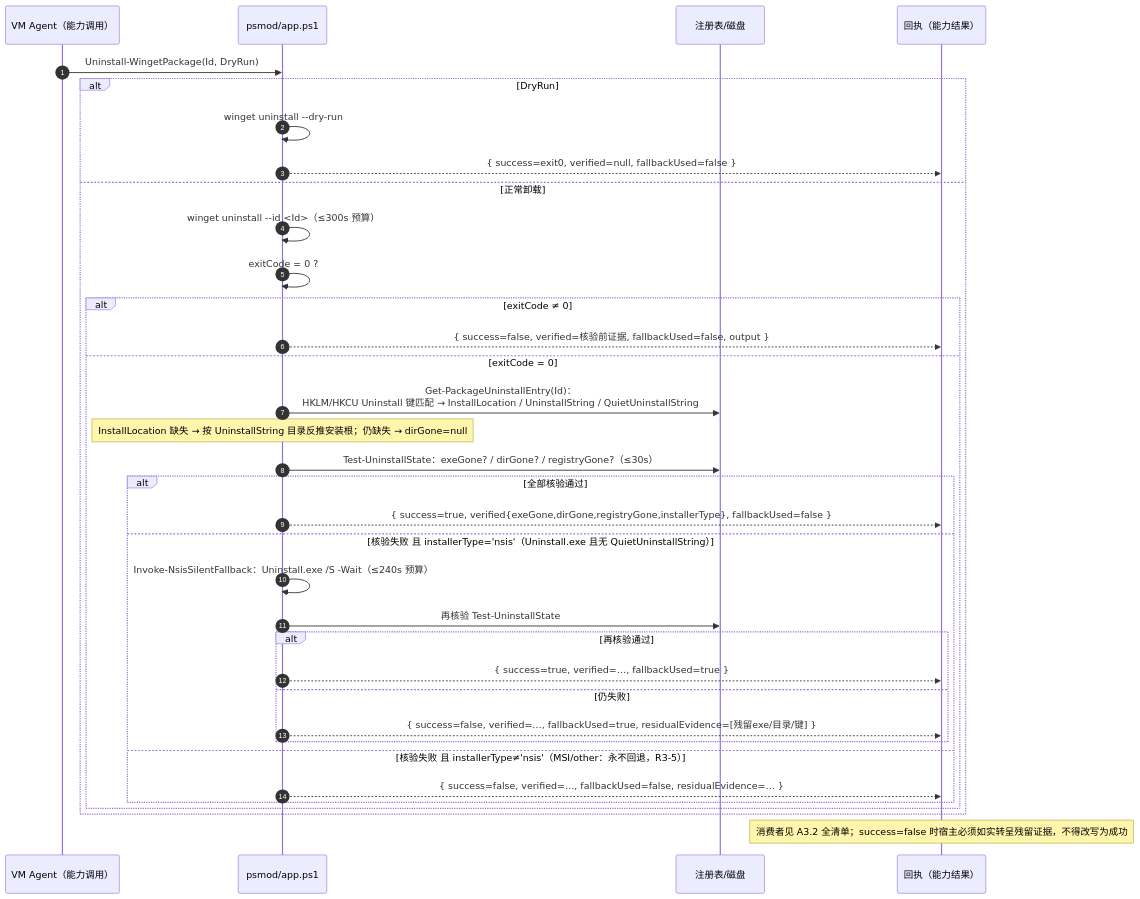
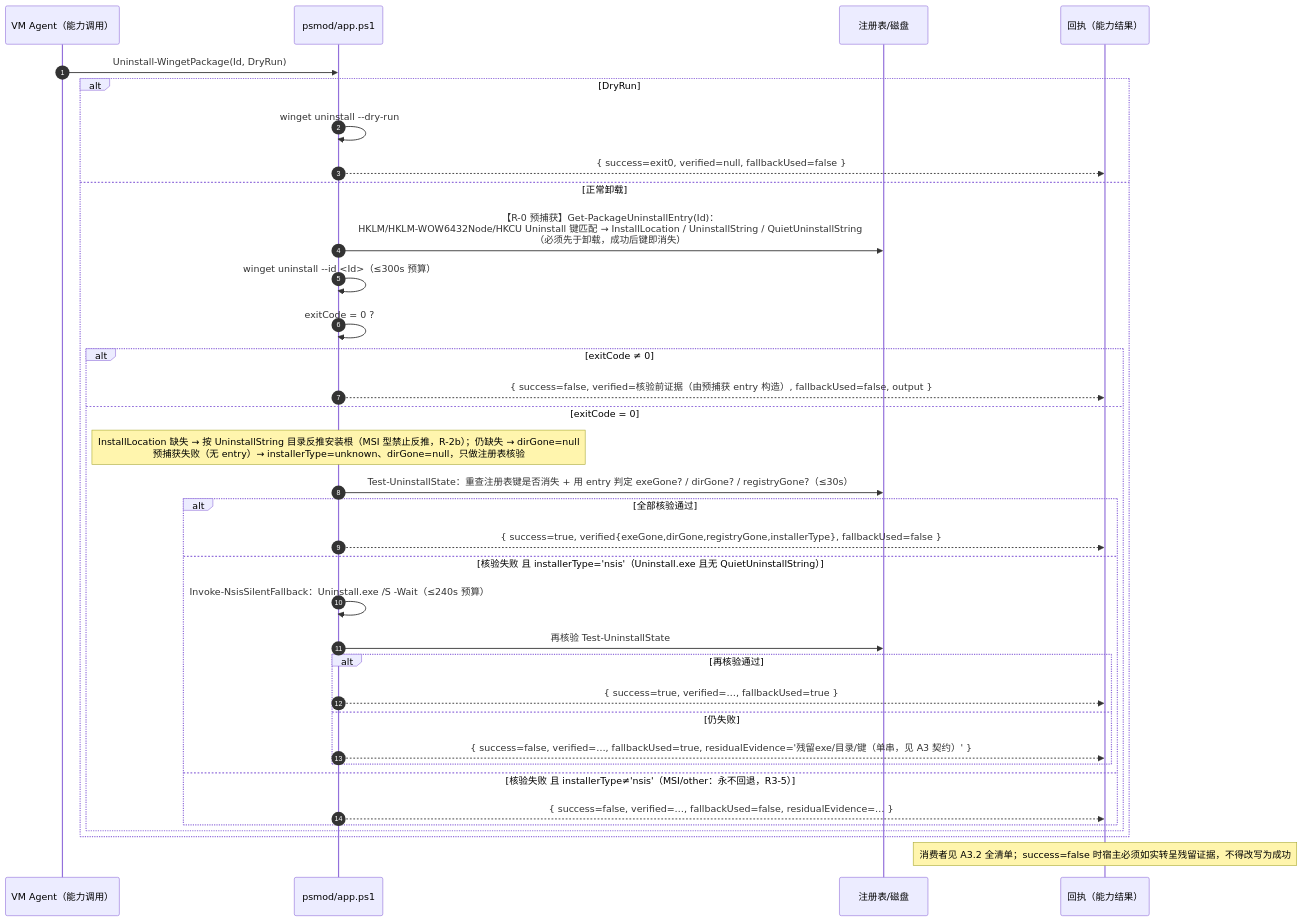
The third of 4 diagrams in docs/design/r17-design.md (athronix/workbuddy-virtual-win-plugin), drawn with Mermaid before and after one commit. The commit also changed other lines of this file, not shown here.

Commit message:
docs(r17): §A5 时序回写——entry 预捕获修正（T02 R-0）

````diff
--- a/docs/design/r17-design.md
+++ b/docs/design/r17-design.md
@@ -279,38 +289,38 @@
 ```mermaid
 sequenceDiagram
     autonumber
     participant AG as VM Agent（能力调用）
     participant PS as psmod/app.ps1
     participant RG as 注册表/磁盘
     participant RC as 回执（能力结果）
 
     AG->>PS: Uninstall-WingetPackage(Id, DryRun)
     alt DryRun
         PS->>PS: winget uninstall --dry-run
         PS-->>RC: { success=exit0, verified=null, fallbackUsed=false }
     else 正常卸载
+        PS->>RG: 【R-0 预捕获】Get-PackageUninstallEntry(Id)：<br/>HKLM/HKLM-WOW6432Node/HKCU Uninstall 键匹配 → InstallLocation / UninstallString / QuietUninstallString<br/>（必须先于卸载，成功后键即消失）
         PS->>PS: winget uninstall --id <Id>（≤300s 预算）
         PS->>PS: exitCode = 0 ?
         alt exitCode ≠ 0
-            PS-->>RC: { success=false, verified=核验前证据, fallbackUsed=false, output }
+            PS-->>RC: { success=false, verified=核验前证据（由预捕获 entry 构造）, fallbackUsed=false, output }
         else exitCode = 0
-            PS->>RG: Get-PackageUninstallEntry(Id)：<br/>HKLM/HKCU Uninstall 键匹配 → InstallLocation / UninstallString / QuietUninstallString
-            Note over PS: InstallLocation 缺失 → 按 UninstallString 目录反推安装根；仍缺失 → dirGone=null
-            PS->>RG: Test-UninstallState：exeGone? / dirGone? / registryGone?（≤30s）
+            Note over PS: InstallLocation 缺失 → 按 UninstallString 目录反推安装根（MSI 型禁止反推，R-2b）；仍缺失 → dirGone=null<br/>预捕获失败（无 entry）→ installerType=unknown、dirGone=null，只做注册表核验
+            PS->>RG: Test-UninstallState：重查注册表键是否消失 + 用 entry 判定 exeGone? / dirGone? / registryGone?（≤30s）
             alt 全部核验通过
                 PS-->>RC: { success=true, verified{exeGone,dirGone,registryGone,installerType}, fallbackUsed=false }
             else 核验失败 且 installerType='nsis'（Uninstall.exe 且无 QuietUninstallString）
                 PS->>PS: Invoke-NsisSilentFallback：Uninstall.exe /S -Wait（≤240s 预算）
                 PS->>RG: 再核验 Test-UninstallState
                 alt 再核验通过
                     PS-->>RC: { success=true, verified=…, fallbackUsed=true }
                 else 仍失败
-                    PS-->>RC: { success=false, verified=…, fallbackUsed=true, residualEvidence=[残留exe/目录/键] }
+                    PS-->>RC: { success=false, verified=…, fallbackUsed=true, residualEvidence='残留exe/目录/键（单串，见 A3 契约）' }
                 end
             else 核验失败 且 installerType≠'nsis'（MSI/other：永不回退，R3-5）
                 PS-->>RC: { success=false, verified=…, fallbackUsed=false, residualEvidence=… }
             end
         end
     end
     Note over RC: 消费者见 A3.2 全清单；success=false 时宿主必须如实转呈残留证据，不得改写为成功
 ```
````
